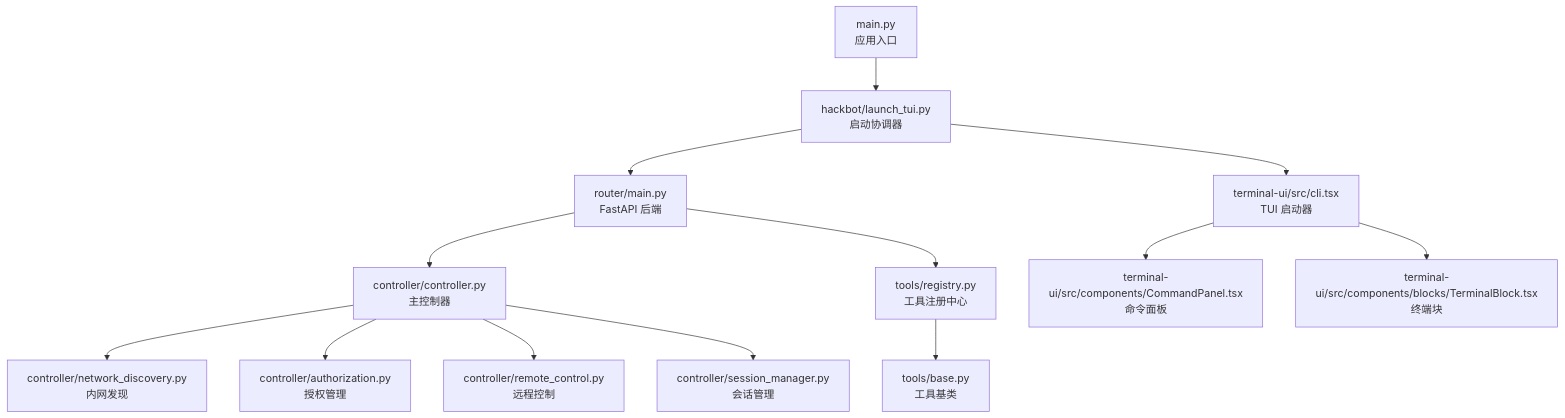
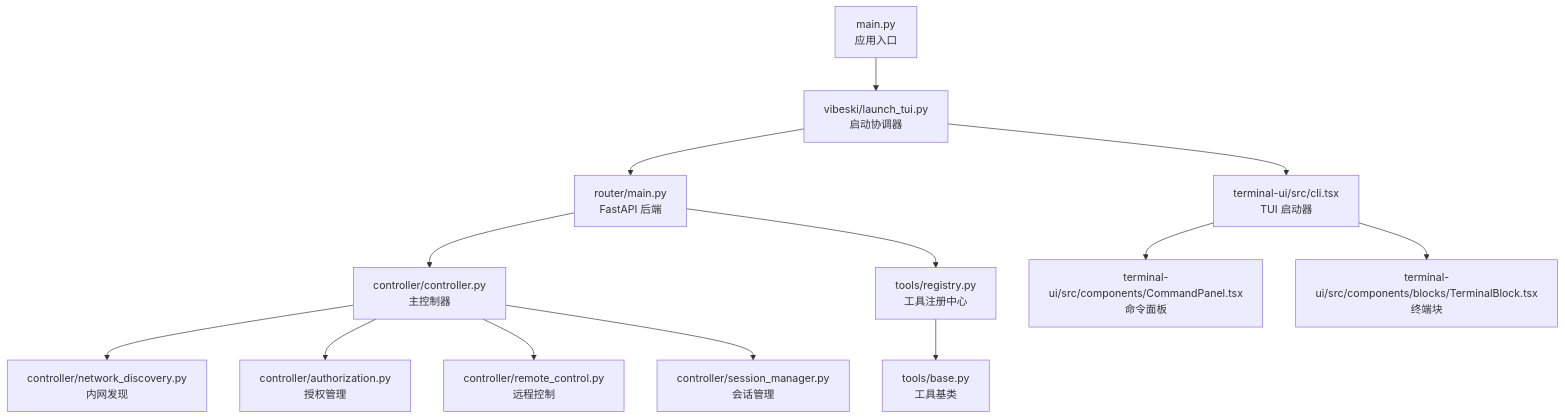
The first of 7 diagrams in .qoder/repowiki/zh/content/终端工具系统.md (crabin/VIBESKI), drawn with Mermaid before and after one commit. The commit also changed other lines of this file and 170 other files, not shown here.

Commit message:
chore: rename all secbot/hackbot identifiers to vibeski

````diff
--- a/.qoder/repowiki/zh/content/终端工具系统.md
+++ b/.qoder/repowiki/zh/content/终端工具系统.md
@@ -52,15 +52,15 @@
 ```mermaid
 graph TB
-A["main.py<br/>应用入口"] --> B["hackbot/launch_tui.py<br/>启动协调器"]
+A["main.py<br/>应用入口"] --> B["vibeski/launch_tui.py<br/>启动协调器"]
 B --> C["router/main.py<br/>FastAPI 后端"]
 B --> D["terminal-ui/src/cli.tsx<br/>TUI 启动器"]
 C --> E["controller/controller.py<br/>主控制器"]
 E --> F["controller/network_discovery.py<br/>内网发现"]
 E --> G["controller/authorization.py<br/>授权管理"]
 E --> H["controller/remote_control.py<br/>远程控制"]
 E --> I["controller/session_manager.py<br/>会话管理"]
 C --> J["tools/registry.py<br/>工具注册中心"]
 J --> K["tools/base.py<br/>工具基类"]
 D --> L["terminal-ui/src/components/CommandPanel.tsx<br/>命令面板"]
 D --> M["terminal-ui/src/components/blocks/TerminalBlock.tsx<br/>终端块"]
 ```
````
